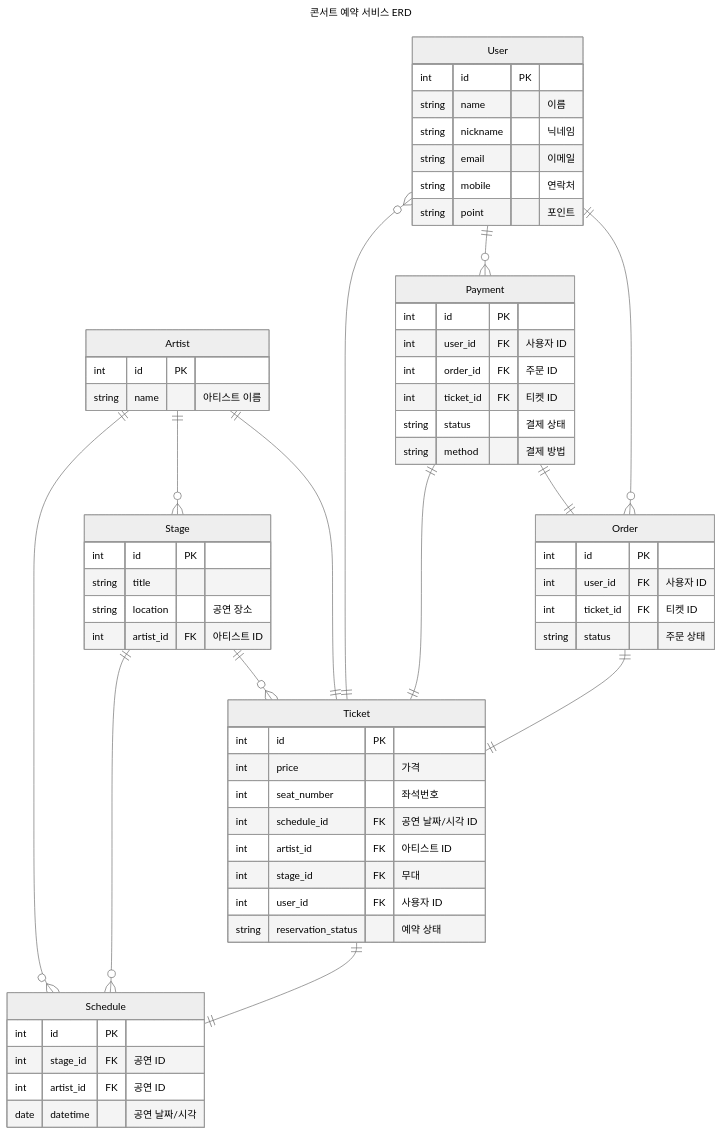
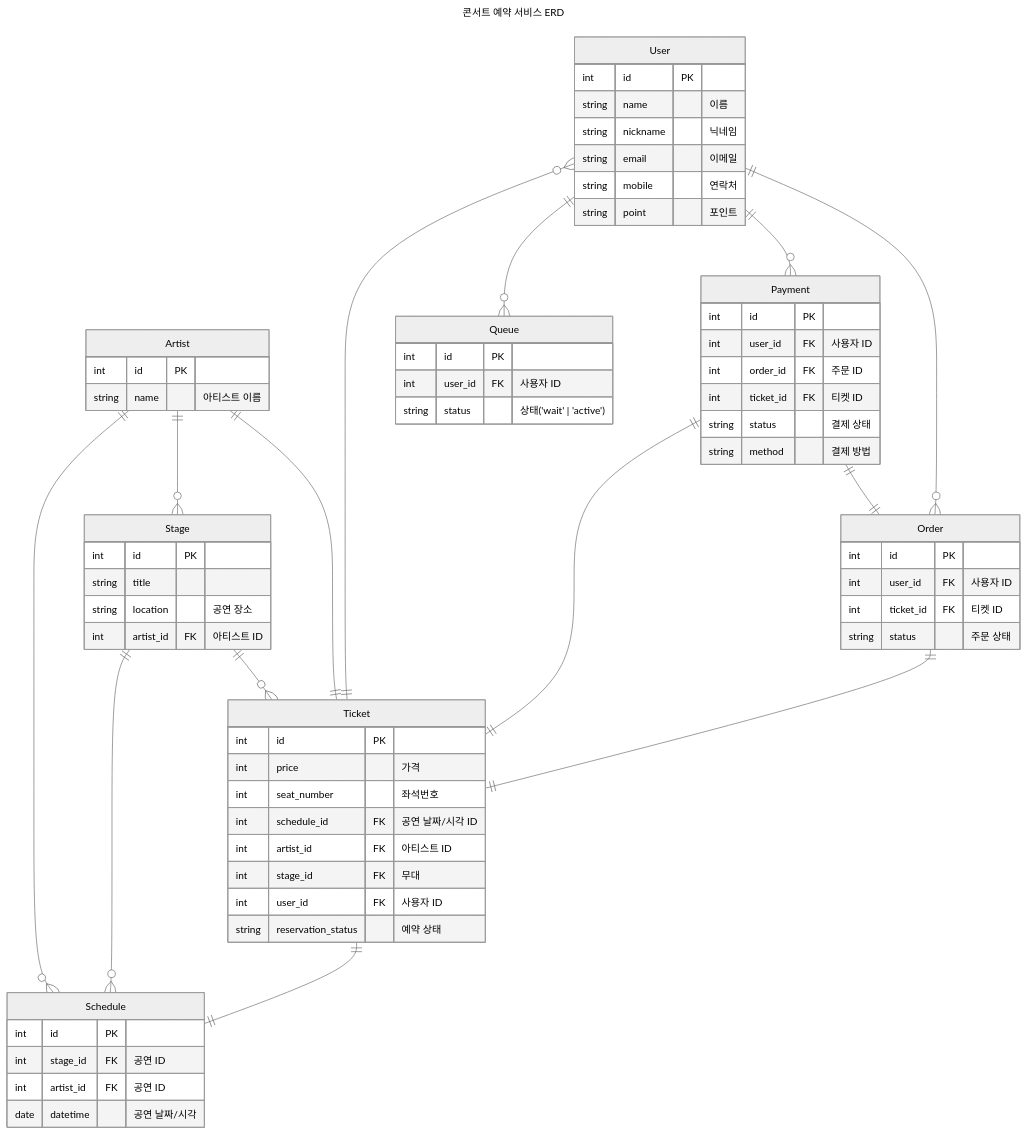
One commit to kimkyeseung/hhplus-server-nest changed the diagram in README.md. Above: the diagram before and after it, drawn with Mermaid (neutral theme). The commit also changed 6 other files, not shown here.

````diff
--- a/README.md
+++ b/README.md
@@ -37,67 +37,73 @@
 ```mermaid
 ---
 title: 콘서트 예약 서비스 ERD
 ---
 erDiagram
     User {
         int id PK
         string name "이름"
         string nickname "닉네임"
         string email "이메일"
         string mobile "연락처"
         string point "포인트"
     }
     Artist {
         int id PK
         string name "아티스트 이름"
     }
     Stage {
         int id PK
         string title
         string location "공연 장소"
         int artist_id FK "아티스트 ID"
     }
     Schedule {
         int id PK
         int stage_id FK "공연 ID"
         int artist_id FK "공연 ID"
         date datetime "공연 날짜/시각"
     }
+    Queue {
+        int id PK
+        int user_id FK "사용자 ID"
+        string status "상태('wait' | 'active')"
+    }
     Ticket {
         int id PK
         int price "가격"
         int seat_number "좌석번호"
         int schedule_id FK "공연 날짜/시각 ID"
         int artist_id FK "아티스트 ID"
         int stage_id FK "무대"
         int user_id FK "사용자 ID"
         string reservation_status "예약 상태"
     }
     Order {
         int id PK
         int user_id FK "사용자 ID"
         int ticket_id FK "티켓 ID"
         string status "주문 상태"
     }
     Payment {
         int id PK
         int user_id FK "사용자 ID"
         int order_id FK "주문 ID"
         int ticket_id FK "티켓 ID"
         string status "결제 상태"
         string method "결제 방법"
     }
     Ticket ||--o{ User: ""
     Stage ||--o{ Ticket: ""
     User ||--o{ Order: ""
     User ||--o{ Payment: ""
+    User ||--o{ Queue: ""
     Order ||--|| Ticket: ""
     Artist ||--|| Ticket: ""
     Artist ||--o{ Stage : ""
     Artist ||--o{ Schedule : ""
     Stage ||--o{ Schedule : ""
     Ticket ||--|| Schedule : ""
     Payment ||--|| Order: ""
     Payment ||--|| Ticket: ""
 
 ```
````
